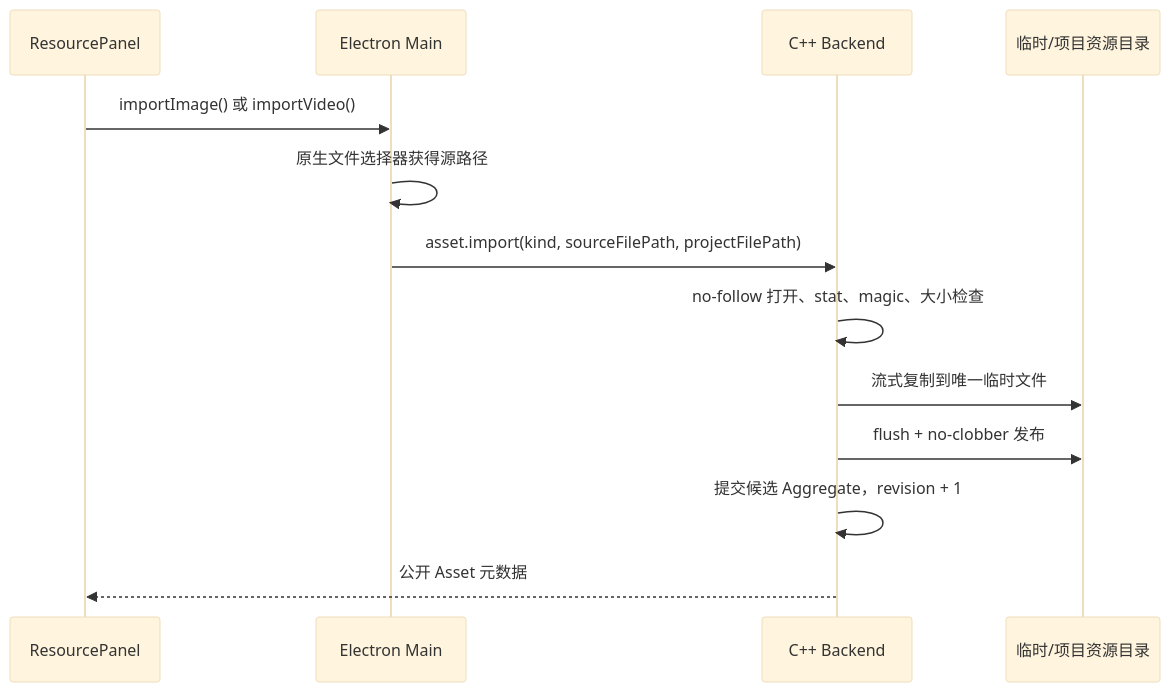
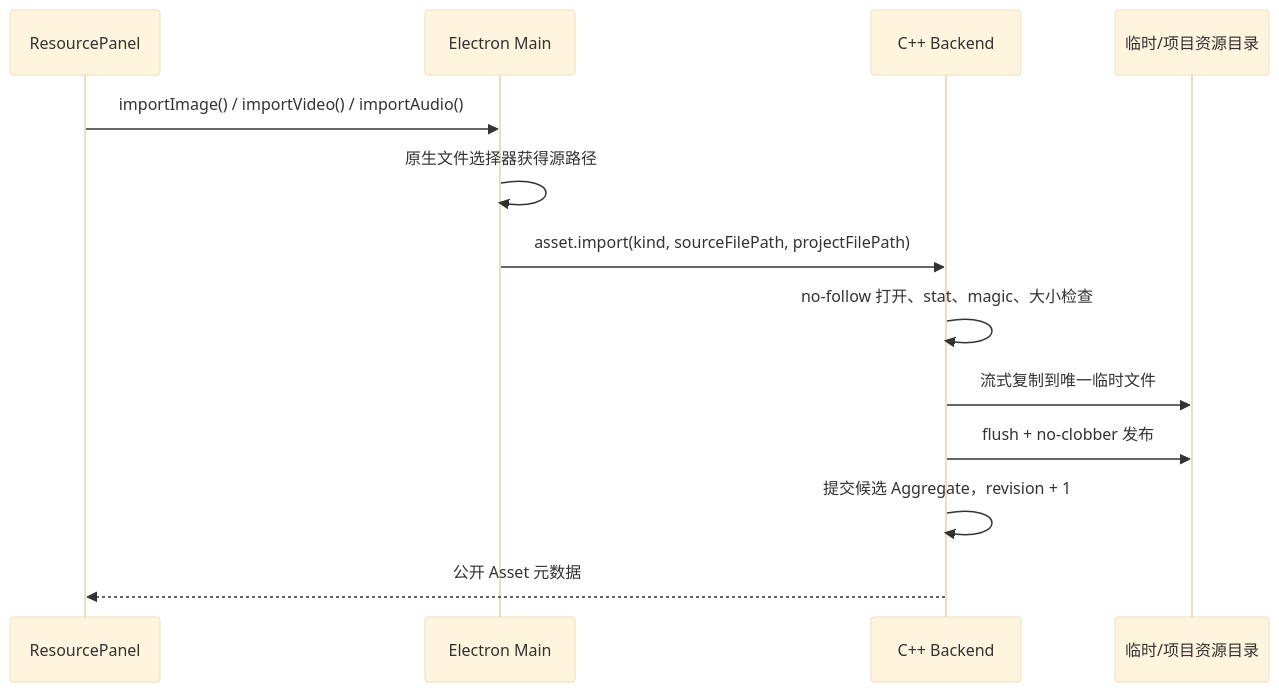
Before and after one commit to DarkboyRyan/Scratch-Novel-Engine: the third of 3 diagrams in docs/project-folder-storage.md, drawn with Mermaid (base theme). The commit also changed other lines of this file and 97 other files, not shown here.

Commit message:
add choices to game(jump to certain scene depends on choice), now support video and audio(background and character_speaking)

````diff
--- a/docs/project-folder-storage.md
+++ b/docs/project-folder-storage.md
@@ -215,16 +215,16 @@
 ```mermaid
 sequenceDiagram
   participant UI as ResourcePanel
   participant Main as Electron Main
   participant CPP as C++ Backend
   participant Temp as 临时/项目资源目录
 
-  UI->>Main: importImage() 或 importVideo()
+  UI->>Main: importImage() / importVideo() / importAudio()
   Main->>Main: 原生文件选择器获得源路径
   Main->>CPP: asset.import(kind, sourceFilePath, projectFilePath)
   CPP->>CPP: no-follow 打开、stat、magic、大小检查
   CPP->>Temp: 流式复制到唯一临时文件
   CPP->>Temp: flush + no-clobber 发布
   CPP->>CPP: 提交候选 Aggregate，revision + 1
   CPP-->>UI: 公开 Asset 元数据
 ```
````
